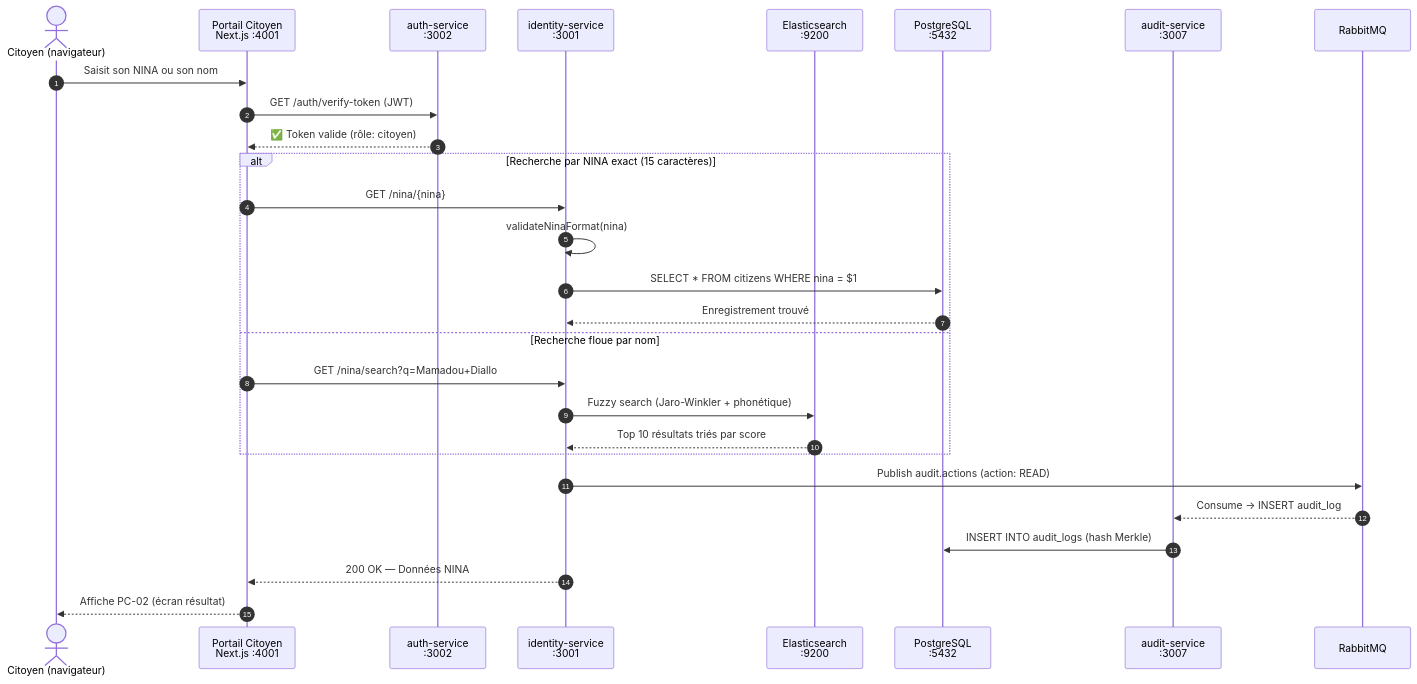
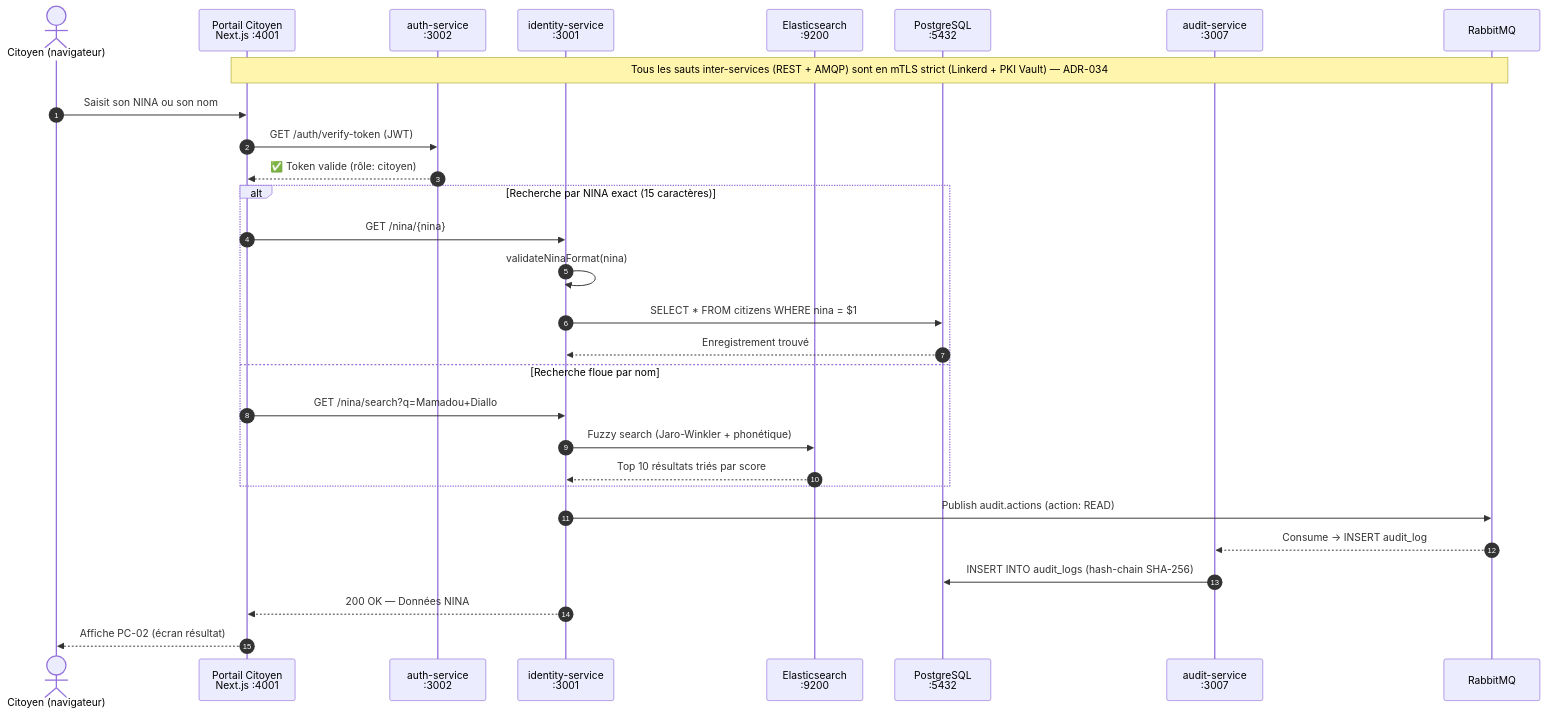
One commit to TheManInPink/Session-Ete-2026 changed the fourth of 13 diagrams in docs/02-ARCHITECTURE-GLOBALE.md. Above: the diagram before and after it, drawn with Mermaid. The commit also changed other lines of this file and 7 other files, not shown here.

````diff
--- a/docs/02-ARCHITECTURE-GLOBALE.md
+++ b/docs/02-ARCHITECTURE-GLOBALE.md
@@ -252,34 +282,36 @@
 ```mermaid
 sequenceDiagram
     autonumber
     actor C as Citoyen (navigateur)
     participant FE as Portail Citoyen<br/>Next.js :4001
     participant AUTH as auth-service<br/>:3002
     participant ID as identity-service<br/>:3001
     participant ES as Elasticsearch<br/>:9200
     participant PG as PostgreSQL<br/>:5432
     participant AUD as audit-service<br/>:3007
     participant RMQ as RabbitMQ
+
+    Note over FE,RMQ: Tous les sauts inter-services (REST + AMQP) sont en mTLS strict (Linkerd + PKI Vault) — ADR-034
 
     C->>FE: Saisit son NINA ou son nom
     FE->>AUTH: GET /auth/verify-token (JWT)
     AUTH-->>FE: ✅ Token valide (rôle: citoyen)
 
     alt Recherche par NINA exact (15 caractères)
         FE->>ID: GET /nina/{nina}
         ID->>ID: validateNinaFormat(nina)
         ID->>PG: SELECT * FROM citizens WHERE nina = $1
         PG-->>ID: Enregistrement trouvé
     else Recherche floue par nom
         FE->>ID: GET /nina/search?q=Mamadou+Diallo
         ID->>ES: Fuzzy search (Jaro-Winkler + phonétique)
         ES-->>ID: Top 10 résultats triés par score
     end
 
     ID->>RMQ: Publish audit.actions (action: READ)
     RMQ-->>AUD: Consume → INSERT audit_log
-    AUD->>PG: INSERT INTO audit_logs (hash Merkle)
+    AUD->>PG: INSERT INTO audit_logs (hash-chain SHA-256)
 
     ID-->>FE: 200 OK — Données NINA
     FE-->>C: Affiche PC-02 (écran résultat)
 ```
````
